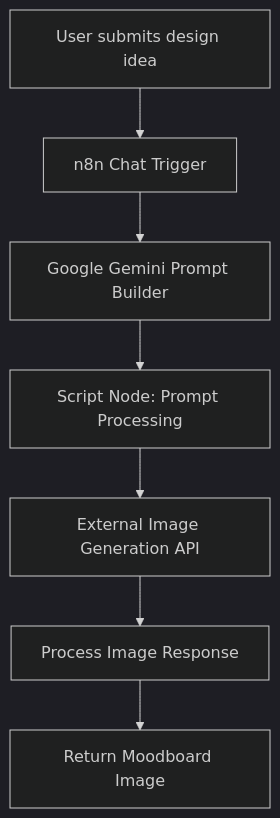
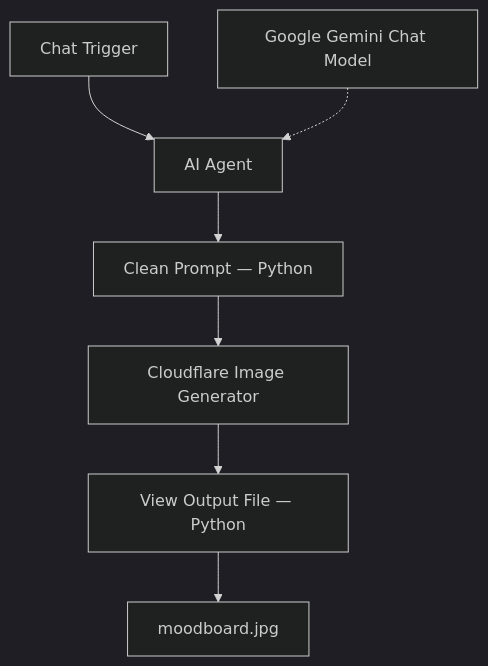
One commit to aditibhalla1983/Wayfair-n8n-AI-Agent-Engineering-Externship changed the diagram in Artifacts/MoodboardAgentDesignDocument.md. Above: the diagram before and after it, drawn with Mermaid (dark theme). The commit also changed other lines of this file, not shown here.

````diff
--- a/Artifacts/MoodboardAgentDesignDocument.md
+++ b/Artifacts/MoodboardAgentDesignDocument.md
@@ -77,9 +49,9 @@
 ```mermaid
 flowchart TD
-    A[User submits design idea] --> B[n8n Chat Trigger]
-    B --> C[Google Gemini Prompt Builder]
-    C --> D[Script Node: Prompt Processing]
-    D --> E[External Image Generation API]
-    E --> F[Process Image Response]
-    F --> G[Return Moodboard Image]
+    A["Chat Trigger"] --> B["AI Agent"]
+    C["Google Gemini Chat Model"] -.-> B
+    B --> D["Clean Prompt — Python"]
+    D --> E["Cloudflare Image Generator"]
+    E --> F["View Output File — Python"]
+    F --> G["moodboard.jpg"]
 ```
````
